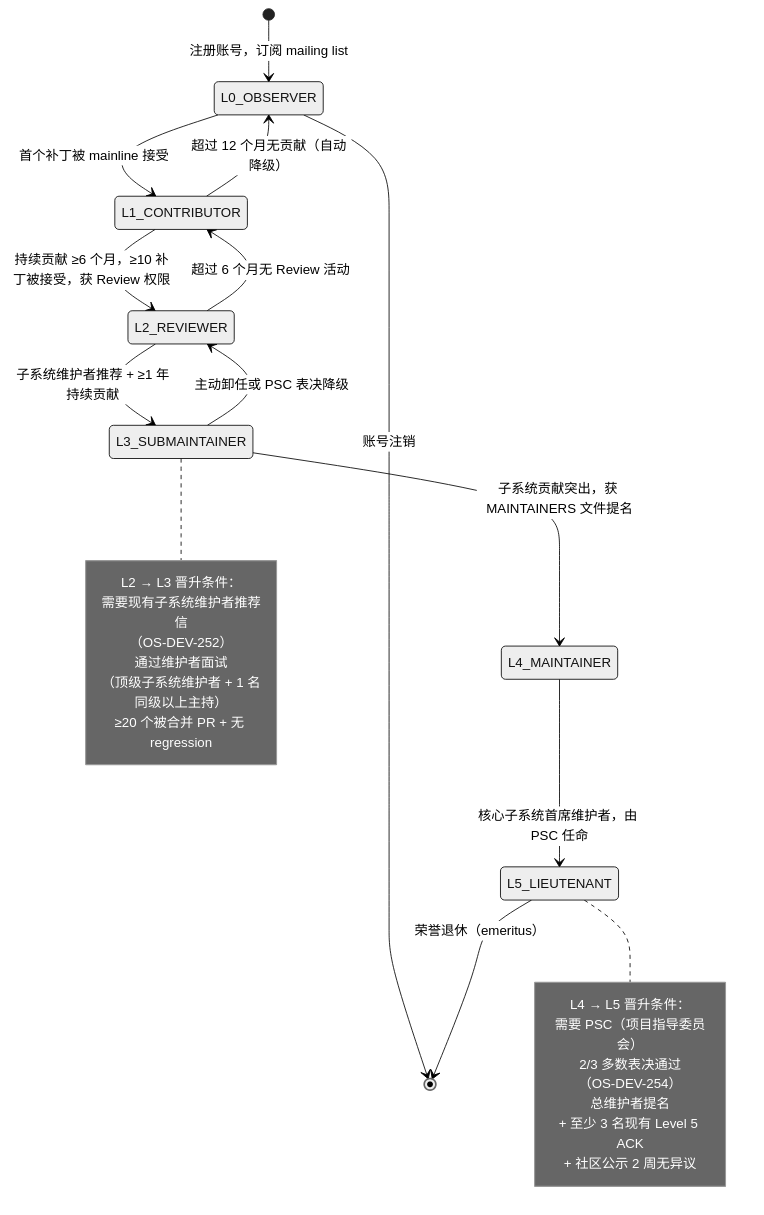
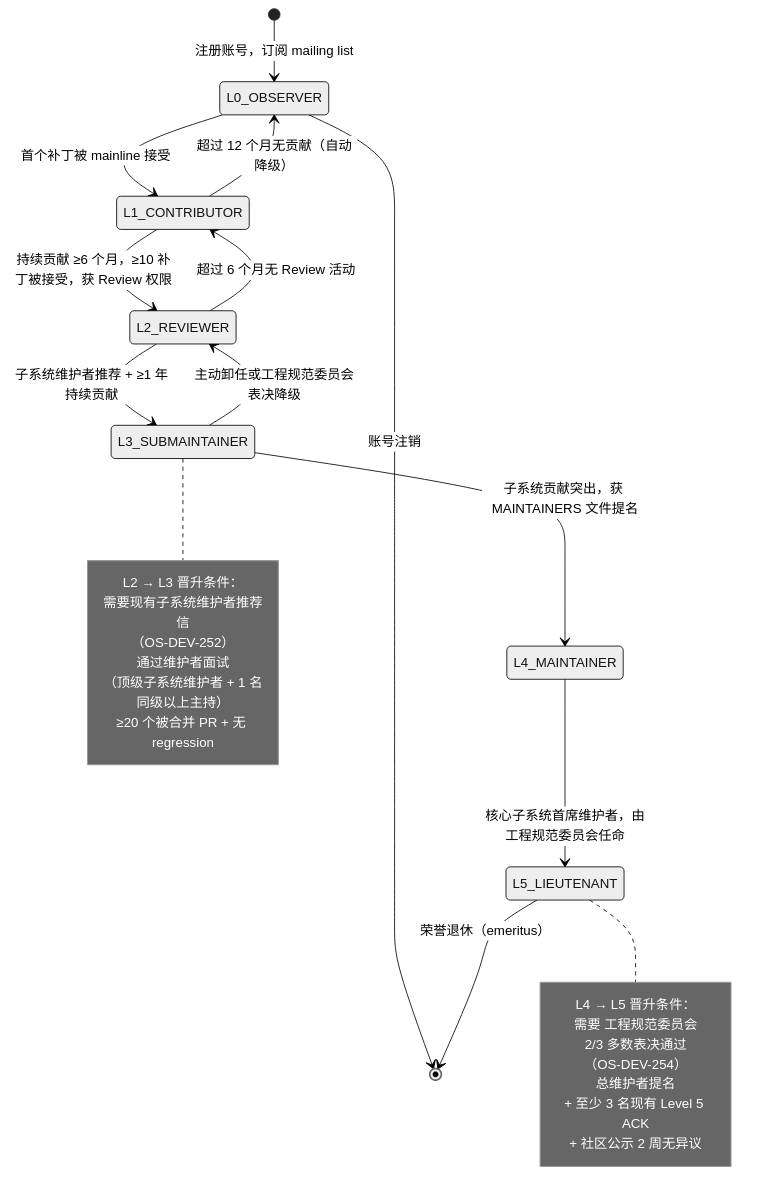
Before and after one commit to openairymax/docs-linux: the third of 5 diagrams in 120-development-process/02-maintainer-hierarchy.md, drawn with Mermaid (neutral theme). The commit also changed other lines of this file and 136 other files, not shown here.

````diff
--- a/120-development-process/02-maintainer-hierarchy.md
+++ b/120-development-process/02-maintainer-hierarchy.md
@@ -302,39 +302,39 @@
 ```mermaid
 stateDiagram-v2
     [*] --> L0_OBSERVER: 注册账号，订阅 mailing list
 
     L0_OBSERVER --> L1_CONTRIBUTOR: 首个补丁被 mainline 接受
     L0_OBSERVER --> [*]: 账号注销
 
     L1_CONTRIBUTOR --> L2_REVIEWER: 持续贡献 ≥6 个月，≥10 补丁被接受，获 Review 权限
     L1_CONTRIBUTOR --> L0_OBSERVER: 超过 12 个月无贡献（自动降级）
 
     L2_REVIEWER --> L3_SUBMAINTAINER: 子系统维护者推荐 + ≥1 年持续贡献
     L2_REVIEWER --> L1_CONTRIBUTOR: 超过 6 个月无 Review 活动
 
     L3_SUBMAINTAINER --> L4_MAINTAINER: 子系统贡献突出，获 MAINTAINERS 文件提名
-    L3_SUBMAINTAINER --> L2_REVIEWER: 主动卸任或 PSC 表决降级
+    L3_SUBMAINTAINER --> L2_REVIEWER: 主动卸任或工程规范委员会表决降级
 
-    L4_MAINTAINER --> L5_LIEUTENANT: 核心子系统首席维护者，由 PSC 任命
+    L4_MAINTAINER --> L5_LIEUTENANT: 核心子系统首席维护者，由工程规范委员会任命
 
     L5_LIEUTENANT --> [*]: 荣誉退休（emeritus）
 
     note right of L3_SUBMAINTAINER
         L2 → L3 晋升条件：
         需要现有子系统维护者推荐信
         （OS-DEV-252）
         通过维护者面试
         （顶级子系统维护者 + 1 名同级以上主持）
         ≥20 个被合并 PR + 无 regression
     end note
 
     note right of L5_LIEUTENANT
         L4 → L5 晋升条件：
-        需要 PSC（项目指导委员会）
+        需要 工程规范委员会
         2/3 多数表决通过
         （OS-DEV-254）
         总维护者提名
         + 至少 3 名现有 Level 5 ACK
         + 社区公示 2 周无异议
     end note
 ```
````
